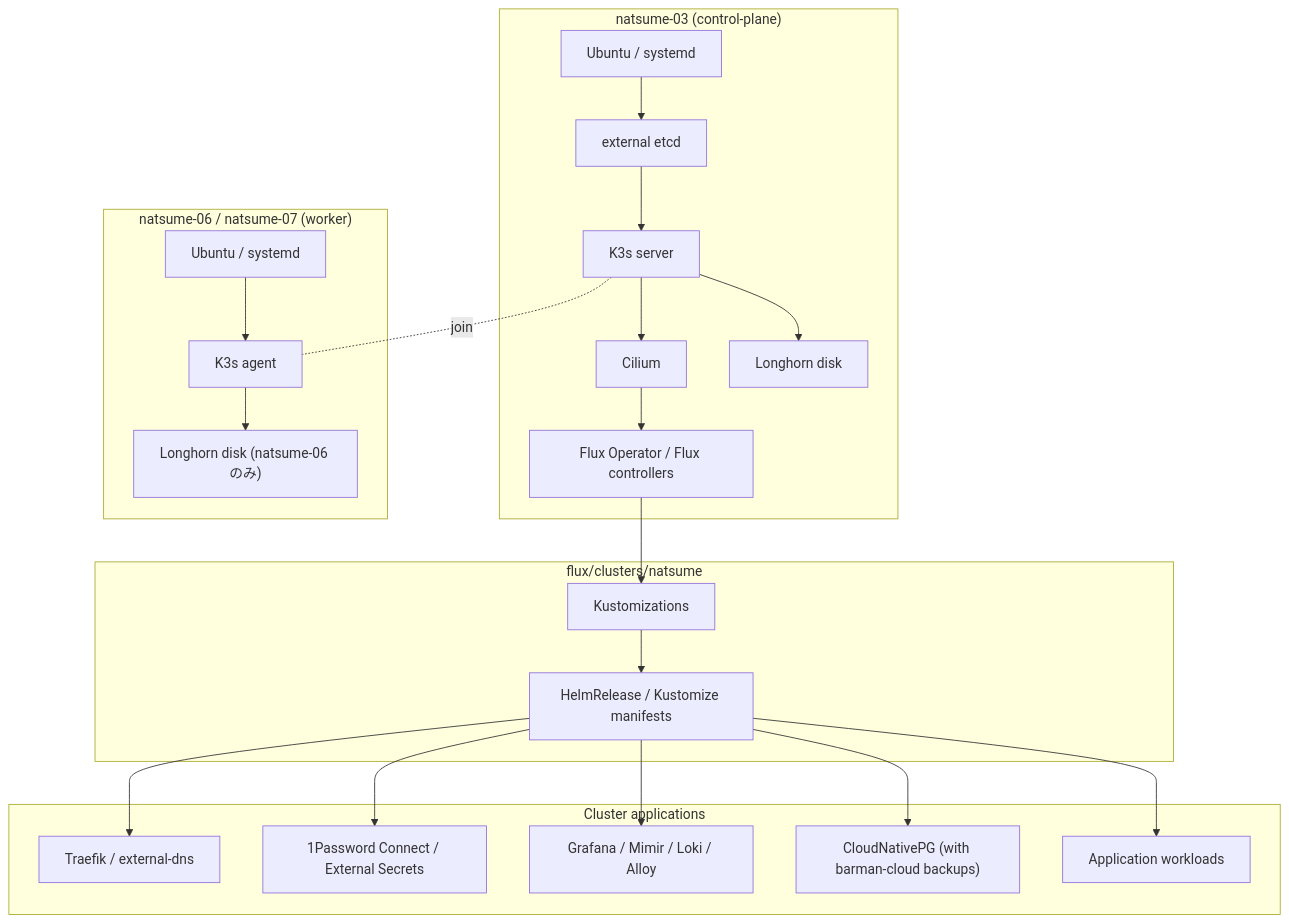
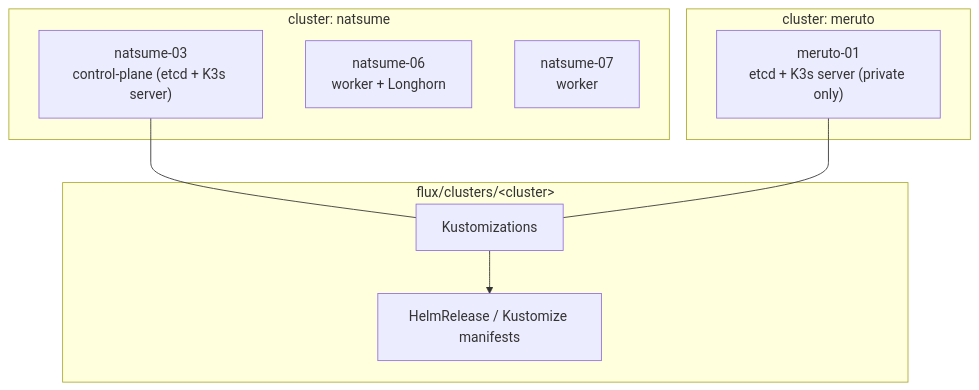
The first of 2 diagrams in README.md (Soli0222/pke), drawn with Mermaid before and after one commit. The commit also changed other lines of this file and 83 other files, not shown here.

````diff
--- a/README.md
+++ b/README.md
@@ -9,46 +18,21 @@
 ```mermaid
 flowchart TB
-    subgraph CP["natsume-03 (control-plane)"]
-        OS_CP["Ubuntu / systemd"]
-        ETCD["external etcd"]
-        K3S_SERVER["K3s server"]
-        CILIUM["Cilium"]
-        LONGHORN_CP["Longhorn disk"]
-        FLUX["Flux Operator / Flux controllers"]
+    subgraph Natsume["cluster: natsume"]
+        N_CP["natsume-03<br/>control-plane (etcd + K3s server)"]
+        N_W1["natsume-06<br/>worker + Longhorn"]
+        N_W2["natsume-07<br/>worker"]
     end
 
-    subgraph WORKER["natsume-06 / natsume-07 (worker)"]
-        OS_W["Ubuntu / systemd"]
-        K3S_AGENT["K3s agent"]
-        LONGHORN_W["Longhorn disk (natsume-06 のみ)"]
+    subgraph Meruto["cluster: meruto"]
+        M_01["meruto-01<br/>etcd + K3s server (private only)"]
     end
 
-    subgraph GitOps["flux/clusters/natsume"]
+    subgraph GitOps["flux/clusters/&lt;cluster&gt;"]
         BASE["Kustomizations"]
         APPS["HelmRelease / Kustomize manifests"]
     end
 
-    subgraph Apps["Cluster applications"]
-        TRAEFIK["Traefik / external-dns"]
-        SECRETS["1Password Connect / External Secrets"]
-        OBS["Grafana / Mimir / Loki / Alloy"]
-        DB["CloudNativePG (with barman-cloud backups)"]
-        SVC["Application workloads"]
-    end
-
-    OS_CP --> ETCD
-    ETCD --> K3S_SERVER
-    K3S_SERVER --> CILIUM
-    K3S_SERVER --> LONGHORN_CP
-    OS_W --> K3S_AGENT
-    K3S_AGENT --> LONGHORN_W
-    K3S_SERVER -. join .- K3S_AGENT
-    CILIUM --> FLUX
-    FLUX --> BASE
+    N_CP --- BASE
+    M_01 --- BASE
     BASE --> APPS
-    APPS --> TRAEFIK
-    APPS --> SECRETS
-    APPS --> OBS
-    APPS --> DB
-    APPS --> SVC
 ```
````
